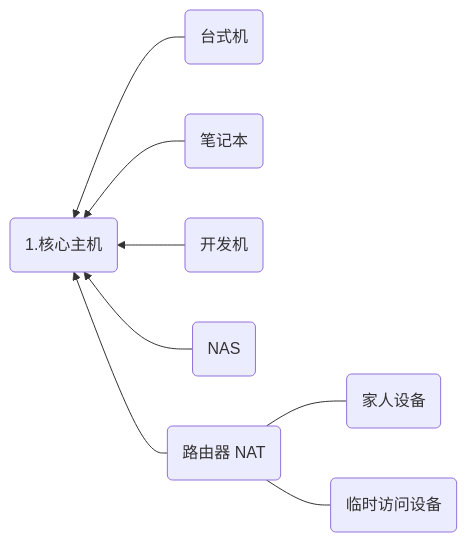
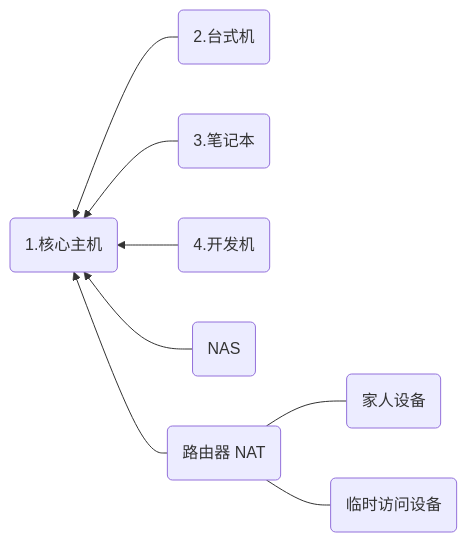
One commit to Chanix/TincCookbook changed the diagram in examples/README.md. Above: the diagram before and after it, drawn with Mermaid. The commit also changed other lines of this file and 10 other files, not shown here.

````diff
--- a/examples/README.md
+++ b/examples/README.md
@@ -25,10 +25,10 @@
 ```mermaid
 graph RL;
-L(台式机) --> Z(1.核心主机);
-W(笔记本) --> Z;
-M(开发机) --> Z;
+L(2.台式机) --> Z(1.核心主机);
+W(3.笔记本) --> Z;
+M(4.开发机) --> Z;
 D(NAS) --> Z;
 R(路由器 NAT) --> Z;
 I(家人设备) --- R;
 J(临时访问设备) --- R;
 ```
````
